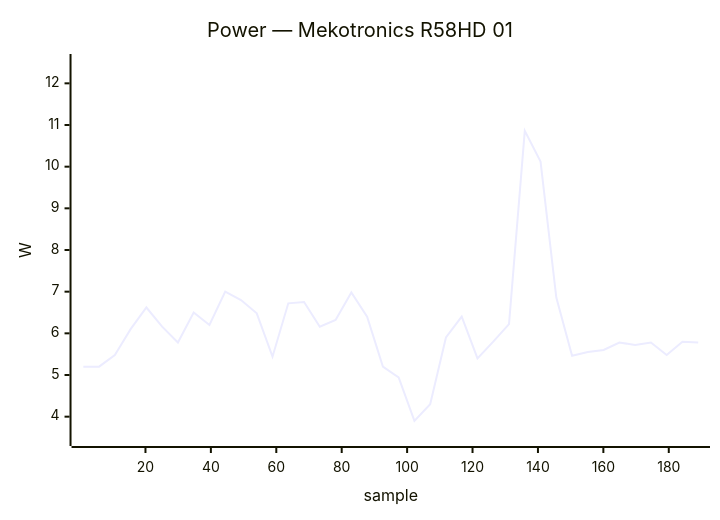
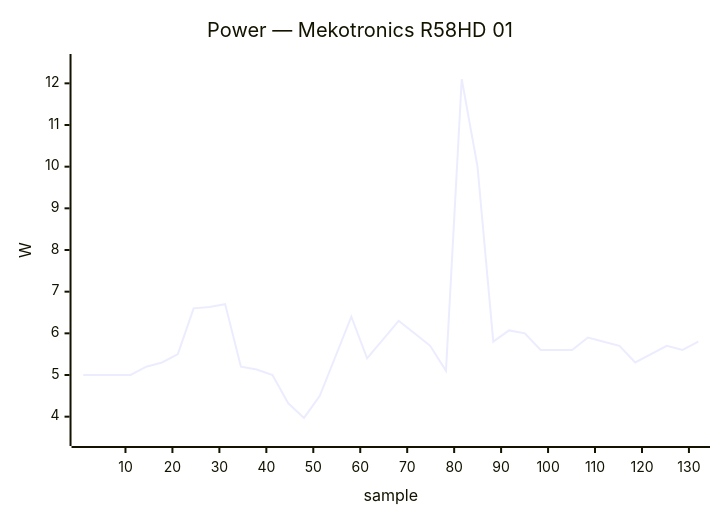
One commit to armbian/documentation changed diagram 16 of 34 in docs/status/board-tests.md. Above: the diagram before and after it, drawn with Mermaid. The commit also changed other lines of this file, not shown here.

````diff
--- a/docs/status/board-tests.md
+++ b/docs/status/board-tests.md
@@ -1391,7 +762,7 @@
 ```mermaid
 xychart-beta
     title "Power — Mekotronics R58HD 01"
-    x-axis "sample" 1 --> 189
+    x-axis "sample" 1 --> 132
     y-axis "W" 3.5 --> 12.5
-    line [5.20, 5.20, 5.48, 6.10, 6.62, 6.16, 5.78, 6.50, 6.20, 7.00, 6.80, 6.48, 5.44, 6.72, 6.75, 6.16, 6.32, 6.98, 6.40, 5.20, 4.94, 3.90, 4.30, 5.90, 6.40, 5.40, 5.80, 6.22, 10.86, 10.12, 6.86, 5.46, 5.55, 5.60, 5.78, 5.72, 5.78, 5.48, 5.80, 5.78]
+    line [5.00, 5.00, 5.00, 5.00, 5.20, 5.30, 5.50, 6.60, 6.63, 6.70, 5.20, 5.13, 5.00, 4.32, 3.97, 4.50, 5.45, 6.40, 5.40, 5.85, 6.30, 6.00, 5.70, 5.10, 12.10, 10.00, 5.80, 6.07, 6.00, 5.60, 5.60, 5.60, 5.90, 5.80, 5.70, 5.30, 5.50, 5.70, 5.60, 5.80]
 ```
````
